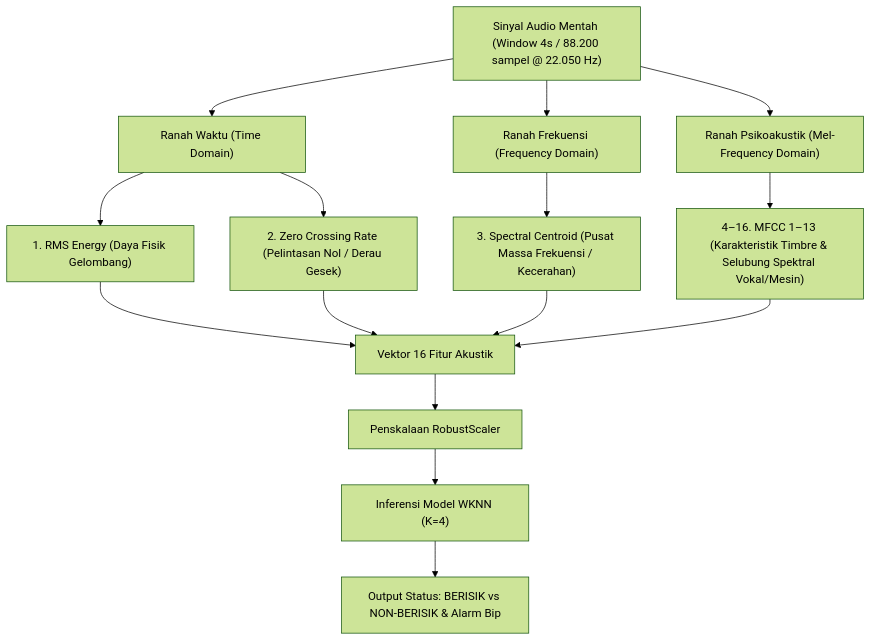
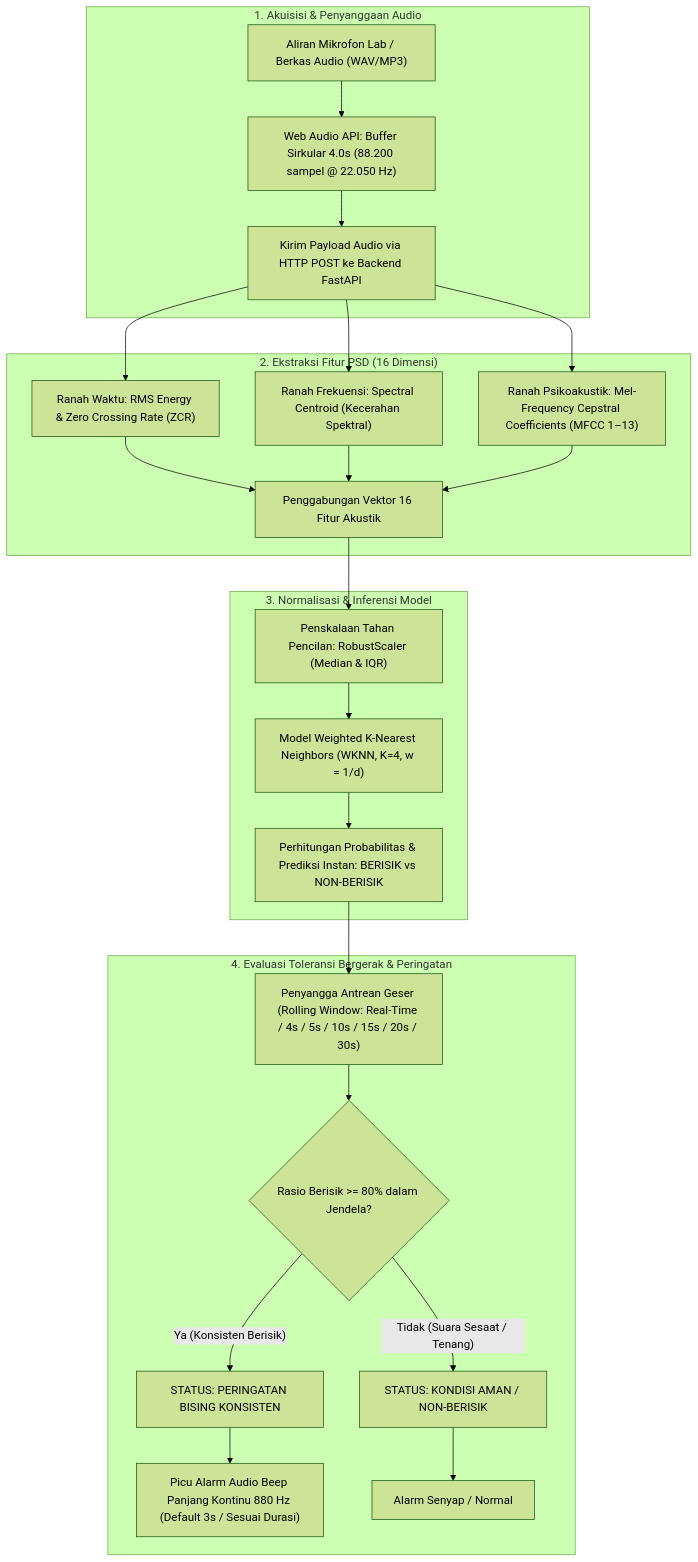
The first of 2 diagrams in klasifikasi-audio/klasifikasi-audio.md (itsaalii/audio-classification), drawn with Mermaid (forest theme) before and after one commit. The commit also changed other lines of this file and 7 other files, not shown here.

````diff
--- a/klasifikasi-audio/klasifikasi-audio.md
+++ b/klasifikasi-audio/klasifikasi-audio.md
@@ -38,21 +51,31 @@
 ```mermaid
 graph TD
-    A["Sinyal Audio Mentah (Window 4s / 88.200 sampel @ 22.050 Hz)"] --> B["Ranah Waktu (Time Domain)"]
-    A --> C["Ranah Frekuensi (Frequency Domain)"]
-    A --> D["Ranah Psikoakustik (Mel-Frequency Domain)"]
-    
-    B --> B1["1. RMS Energy (Daya Fisik Gelombang)"]
-    B --> B2["2. Zero Crossing Rate (Pelintasan Nol / Derau Gesek)"]
-    
-    C --> C1["3. Spectral Centroid (Pusat Massa Frekuensi / Kecerahan)"]
-    
-    D --> D1["4–16. MFCC 1–13 (Karakteristik Timbre & Selubung Spektral Vokal/Mesin)"]
-    
-    B1 --> E["Vektor 16 Fitur Akustik"]
-    B2 --> E
-    C1 --> E
-    D1 --> E
-    E --> F["Penskalaan RobustScaler"]
-    F --> G["Inferensi Model WKNN (K=4)"]
-    G --> H["Output Status: BERISIK vs NON-BERISIK & Alarm Bip"]
+    subgraph Akuisisi_Sinyal["1. Akuisisi & Penyanggaan Audio"]
+        A["Aliran Mikrofon Lab / Berkas Audio (WAV/MP3)"] --> B["Web Audio API: Buffer Sirkular 4.0s (88.200 sampel @ 22.050 Hz)"]
+        B --> C["Kirim Payload Audio via HTTP POST ke Backend FastAPI"]
+    end
+
+    subgraph Ekstraksi_Fitur["2. Ekstraksi Fitur PSD (16 Dimensi)"]
+        C --> D["Ranah Waktu: RMS Energy & Zero Crossing Rate (ZCR)"]
+        C --> E["Ranah Frekuensi: Spectral Centroid (Kecerahan Spektral)"]
+        C --> F["Ranah Psikoakustik: Mel-Frequency Cepstral Coefficients (MFCC 1–13)"]
+        D --> G["Penggabungan Vektor 16 Fitur Akustik"]
+        E --> G
+        F --> G
+    end
+
+    subgraph Normalisasi_Inferensi["3. Normalisasi & Inferensi Model"]
+        G --> H["Penskalaan Tahan Pencilan: RobustScaler (Median & IQR)"]
+        H --> I["Model Weighted K-Nearest Neighbors (WKNN, K=4, w = 1/d)"]
+        I --> J["Perhitungan Probabilitas & Prediksi Instan: BERISIK vs NON-BERISIK"]
+    end
+
+    subgraph Evaluasi_Konsistensi["4. Evaluasi Toleransi Bergerak & Peringatan"]
+        J --> K["Penyangga Antrean Geser (Rolling Window: Real-Time / 4s / 5s / 10s / 15s / 20s / 30s)"]
+        K --> L{"Rasio Berisik >= 80% dalam Jendela?"}
+        L -- "Ya (Konsisten Berisik)" --> M["STATUS: PERINGATAN BISING KONSISTEN"]
+        M --> N["Picu Alarm Audio Beep Panjang Kontinu 880 Hz (Default 3s / Sesuai Durasi)"]
+        L -- "Tidak (Suara Sesaat / Tenang)" --> O["STATUS: KONDISI AMAN / NON-BERISIK"]
+        O --> P["Alarm Senyap / Normal"]
+    end
 ```
````
